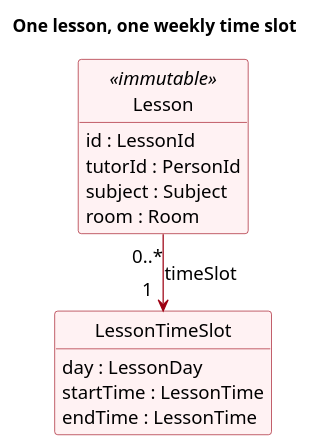
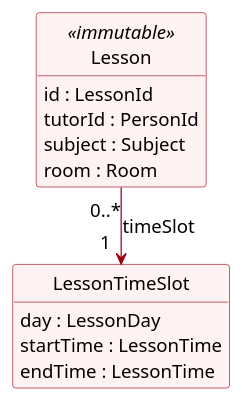
Before and after one commit to AY2627S1-CS2103T-F13-3/tp: the diagram in docs/diagrams/DomainLessonSchedule.puml, drawn with PlantUML. The commit also changed 32 other files, not shown here.

Commit message:
Correct remaining UML notation and diagram context

```diff
--- a/docs/diagrams/DomainLessonSchedule.puml
+++ b/docs/diagrams/DomainLessonSchedule.puml
@@ -1,31 +1,30 @@
 @startuml
 ' Simplified domain draft by Vincent Lin with OpenAI Codex assistance.
 ' Self-contained source; renderer: PlantUML 1.2025.3.
 skinparam defaultFontName Arial
 skinparam defaultFontSize 15
 skinparam shadowing false
 skinparam classAttributeIconSize 0
 skinparam classBackgroundColor #FFF2F3
 skinparam classBorderColor #9D0012
 skinparam classArrowColor #9D0012
 skinparam noteBackgroundColor #FFFBE6
 skinparam noteBorderColor #777777
 skinparam nodesep 35
 skinparam ranksep 40
 hide circle
 hide empty members
 
-title One lesson, one weekly time slot
 class Lesson <<immutable>> {
   id : LessonId
   tutorId : PersonId
   subject : Subject
   room : Room
 }
 class LessonTimeSlot {
   day : LessonDay
   startTime : LessonTime
   endTime : LessonTime
 }
 Lesson "0..*" -down-> "1<U+00A0><U+00A0>" LessonTimeSlot : timeSlot
 @enduml
```
